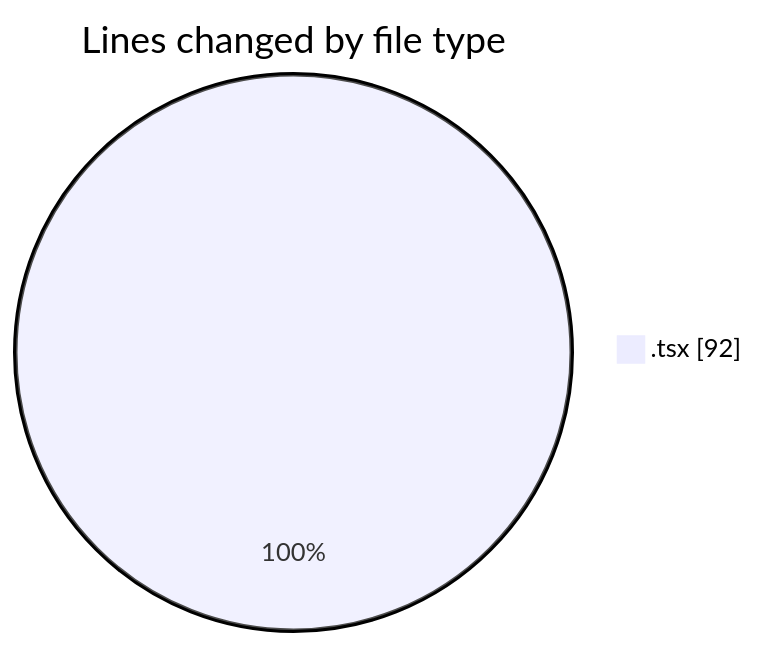
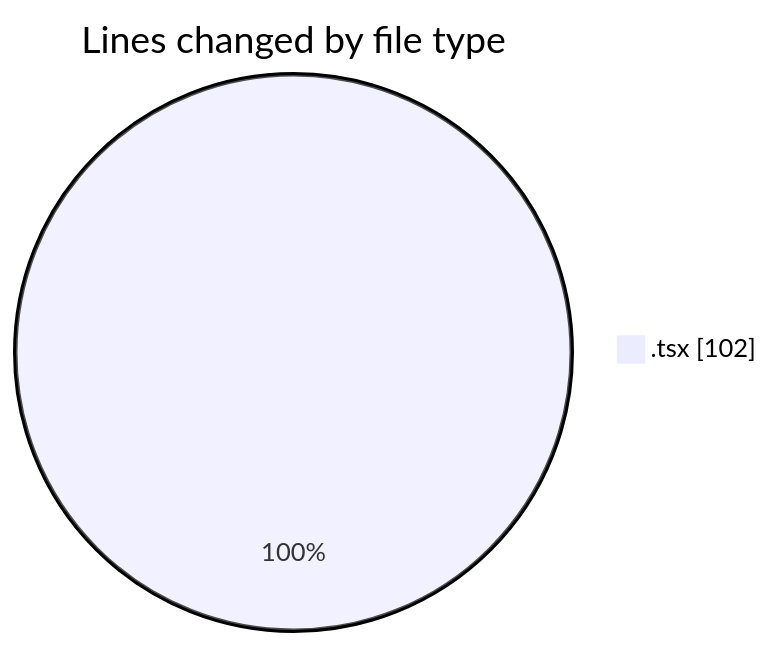
Before and after one commit to momahboobian/code-tracking: the first of 2 diagrams in 2025-11-11/diba-view/README.md, drawn with Mermaid. The commit also changed other lines of this file and 1 other file, not shown here.

````diff
--- a/2025-11-11/diba-view/README.md
+++ b/2025-11-11/diba-view/README.md
@@ -21,5 +21,5 @@
 ```mermaid
 pie showData
 title Lines changed by file type
-".tsx" : 92
+".tsx" : 102
 ```
````
